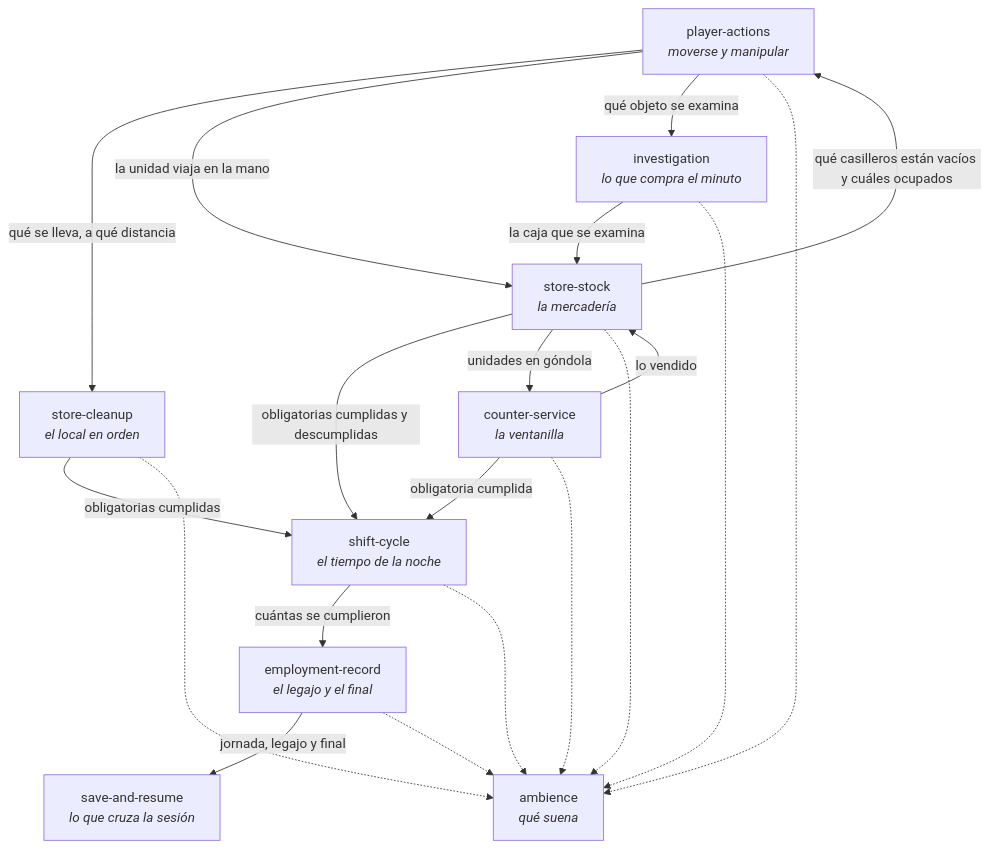
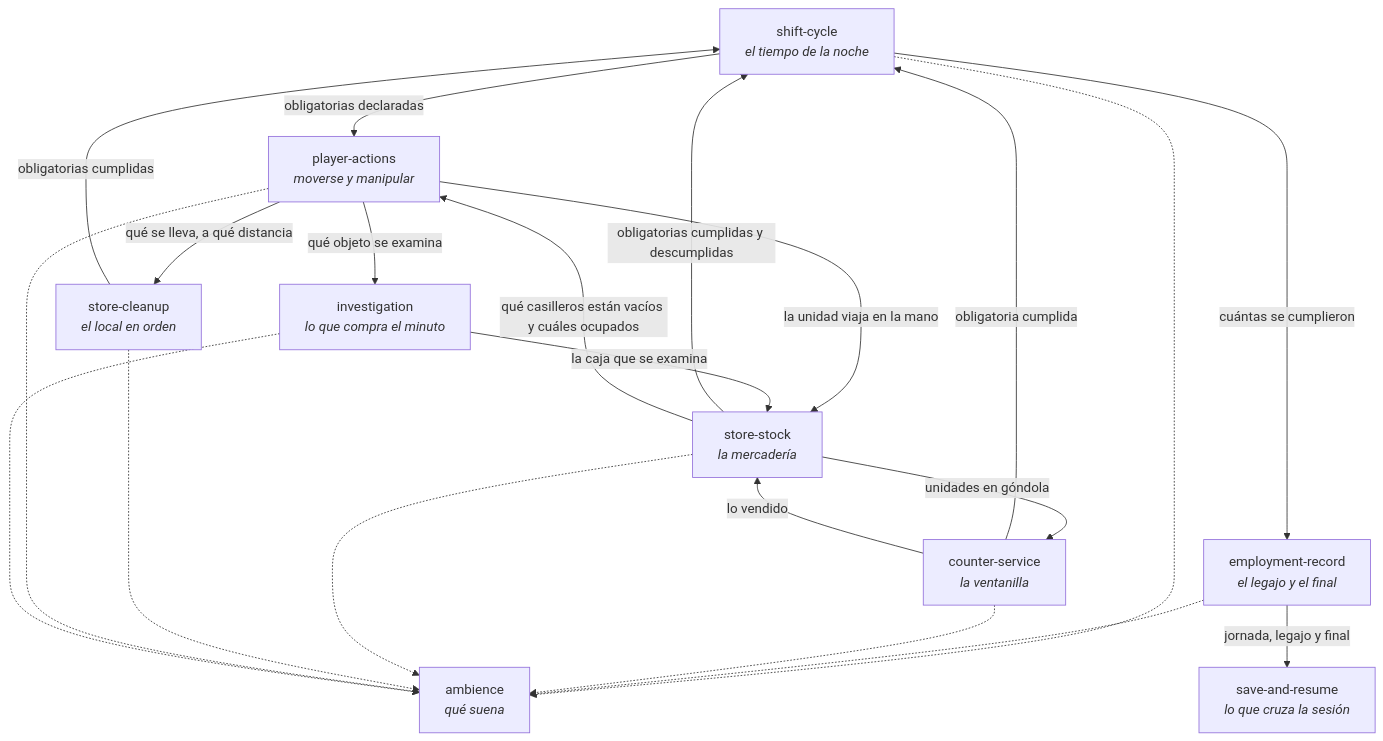
The diagram in docs/architecture/capacidades.md (federicohermo/nosefia), drawn with Mermaid before and after one commit. The commit also changed 1 other file, not shown here.

Commit message:
El contrato permite leer las cinco notas pegadas existentes

````diff
--- a/docs/architecture/capacidades.md
+++ b/docs/architecture/capacidades.md
@@ -22,32 +22,33 @@
 ```mermaid
 flowchart TD
   SHF["shift-cycle<br/><i>el tiempo de la noche</i>"]
   EMP["employment-record<br/><i>el legajo y el final</i>"]
   SAV["save-and-resume<br/><i>lo que cruza la sesión</i>"]
   PLY["player-actions<br/><i>moverse y manipular</i>"]
   INV["investigation<br/><i>lo que compra el minuto</i>"]
   CTR["counter-service<br/><i>la ventanilla</i>"]
   STK["store-stock<br/><i>la mercadería</i>"]
   CLN["store-cleanup<br/><i>el local en orden</i>"]
   AMB["ambience<br/><i>qué suena</i>"]
 
   CTR -- "obligatoria cumplida" --> SHF
   STK -- "obligatorias cumplidas y descumplidas" --> SHF
   CLN -- "obligatorias cumplidas" --> SHF
+  SHF -- "obligatorias declaradas" --> PLY
   SHF -- "cuántas se cumplieron" --> EMP
   EMP -- "jornada, legajo y final" --> SAV
   STK -- "unidades en góndola" --> CTR
   CTR -- "lo vendido" --> STK
   PLY -- "qué se lleva, a qué distancia" --> CLN
   PLY -- "la unidad viaja en la mano" --> STK
   STK -- "qué casilleros están vacíos y cuáles ocupados" --> PLY
   PLY -- "qué objeto se examina" --> INV
   INV -- "la caja que se examina" --> STK
   SHF -.-> AMB
   EMP -.-> AMB
   CTR -.-> AMB
   STK -.-> AMB
   CLN -.-> AMB
   PLY -.-> AMB
   INV -.-> AMB
 ```
````
